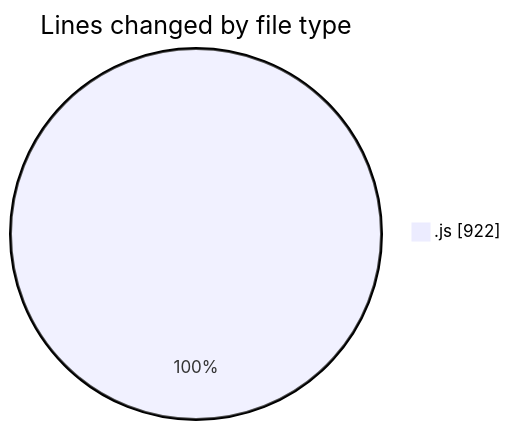
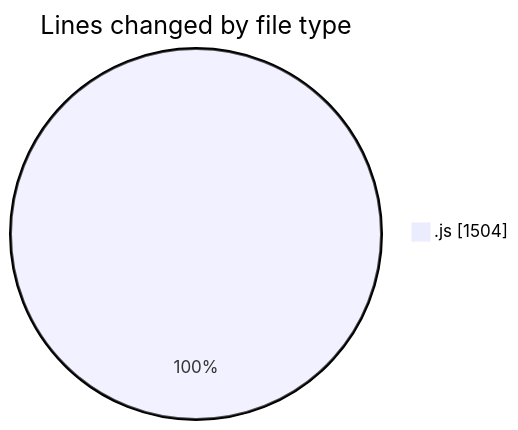
Before and after one commit to Ritupan-Deka/code-tracking: the first of 2 diagrams in 2025-08-01/javascript/README.md, drawn with Mermaid. The commit also changed other lines of this file and 1 other file, not shown here.

````diff
--- a/2025-08-01/javascript/README.md
+++ b/2025-08-01/javascript/README.md
@@ -20,5 +20,5 @@
 ```mermaid
 pie showData
 title Lines changed by file type
-".js" : 922
+".js" : 1504
 ```
````
